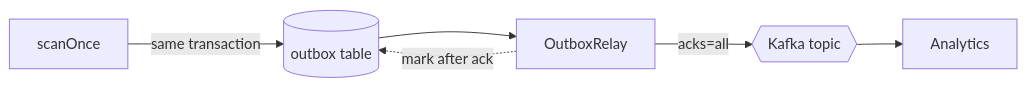
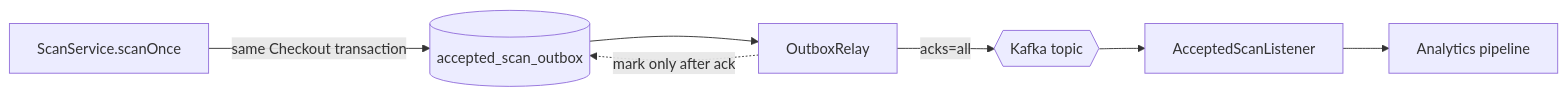
One commit to anecyz21/CS6510-2026 changed diagram 15 of 17 in domain-services/slides/slides.md. Above: the diagram before and after it, drawn with Mermaid. The commit also changed other lines of this file, not shown here.

````diff
--- a/domain-services/slides/slides.md
+++ b/domain-services/slides/slides.md
@@ -921,8 +412,9 @@
-```mermaid {scale: 0.6}
+```mermaid {scale: 0.5}
 flowchart LR
-  S[scanOnce] -->|same transaction| O[(outbox table)]
-  O --> R[OutboxRelay]
-  R -->|acks=all| K{{Kafka topic}}
-  K --> A[Analytics]
-  R -.->|mark after ack| O
+  scan[ScanService.scanOnce] -->|same Checkout transaction| outbox[(accepted_scan_outbox)]
+  outbox --> relay[OutboxRelay]
+  relay -->|acks=all| kafka{{Kafka topic}}
+  kafka --> listener[AcceptedScanListener]
+  listener --> analytics[Analytics pipeline]
+  relay -. mark only after ack .-> outbox
 ```
````
